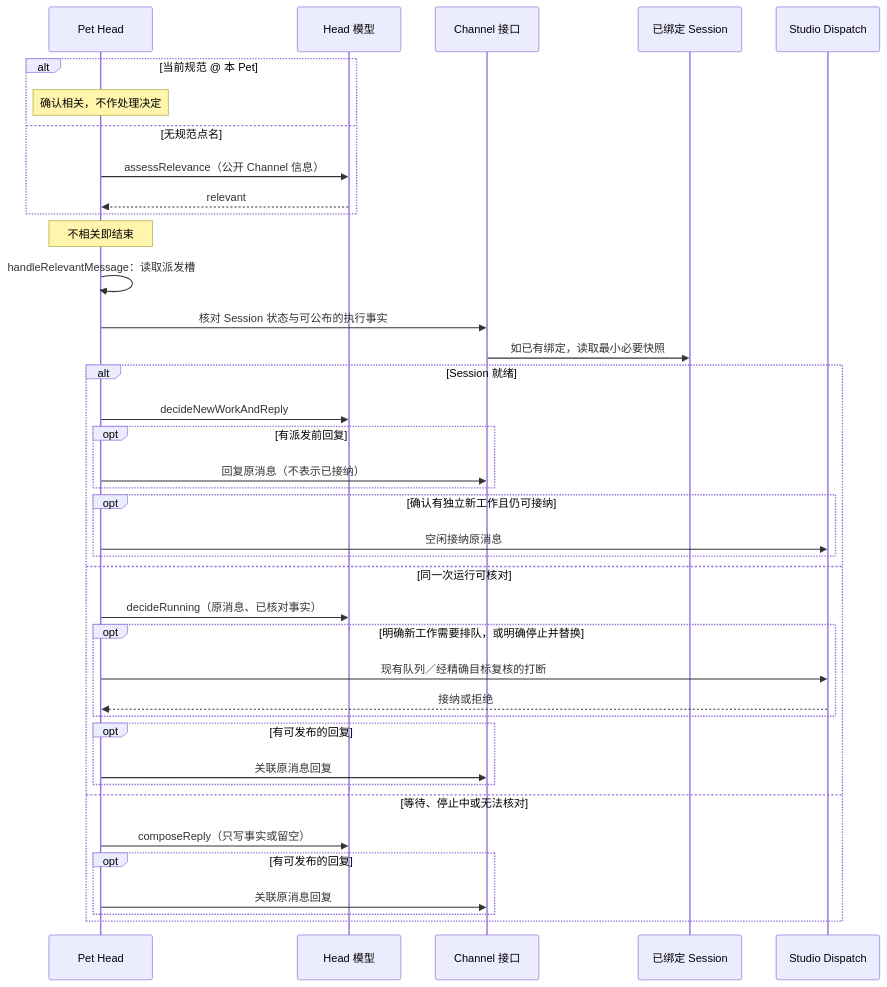
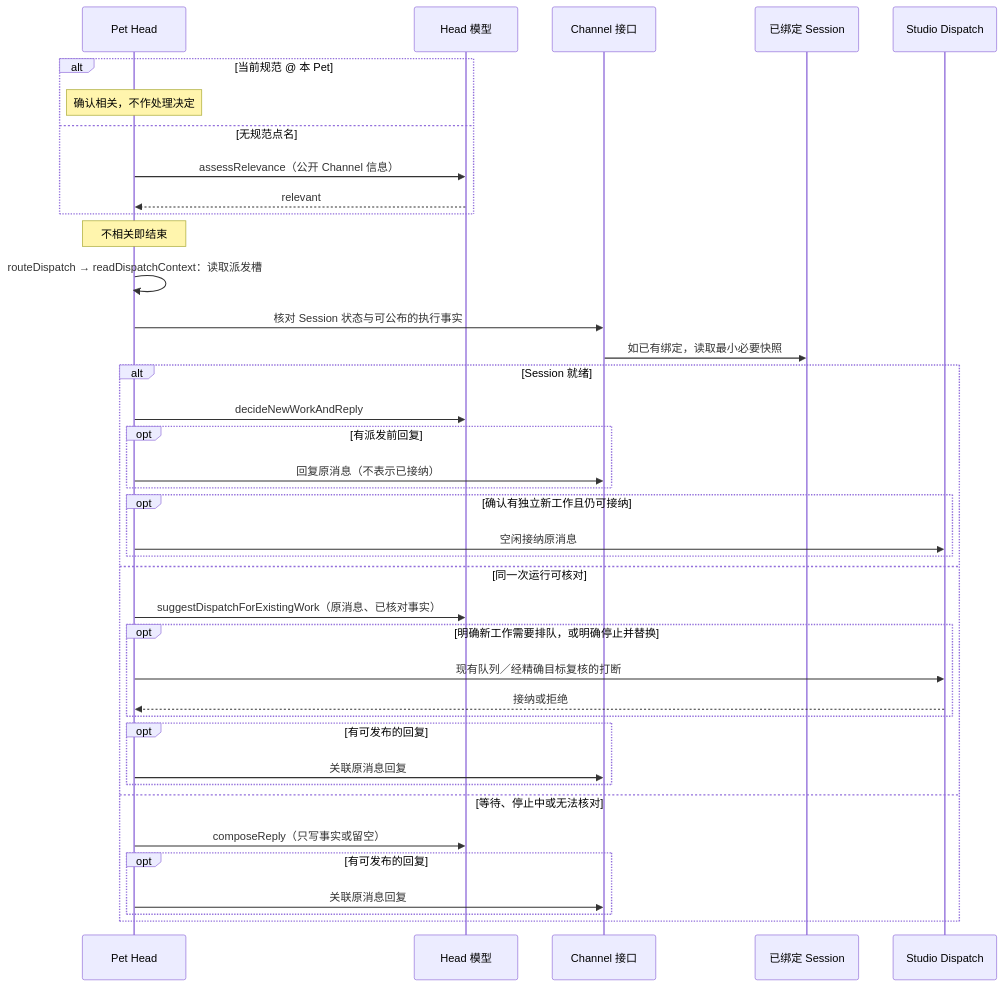
Before and after one commit to pinpawo/pinpawo-agent: the second of 3 diagrams in docs/design/studio/pet-head-mechanism.md, drawn with Mermaid. The commit also changed other lines of this file and 9 other files, not shown here.

````diff
--- a/docs/design/studio/pet-head-mechanism.md
+++ b/docs/design/studio/pet-head-mechanism.md
@@ -57,41 +58,41 @@
 ```mermaid
 sequenceDiagram
     participant H as Pet Head
     participant M as Head 模型
     participant C as Channel 接口
     participant S as 已绑定 Session
     participant D as Studio Dispatch
     alt 当前规范 @ 本 Pet
         Note over H: 确认相关，不作处理决定
     else 无规范点名
         H->>M: assessRelevance（公开 Channel 信息）
         M-->>H: relevant
     end
     Note over H: 不相关即结束
-    H->>H: handleRelevantMessage：读取派发槽
+    H->>H: routeDispatch → readDispatchContext：读取派发槽
     H->>C: 核对 Session 状态与可公布的执行事实
     C->>S: 如已有绑定，读取最小必要快照
     alt Session 就绪
         H->>M: decideNewWorkAndReply
         opt 有派发前回复
             H->>C: 回复原消息（不表示已接纳）
         end
         opt 确认有独立新工作且仍可接纳
             H->>D: 空闲接纳原消息
         end
     else 同一次运行可核对
-        H->>M: decideRunning（原消息、已核对事实）
+        H->>M: suggestDispatchForExistingWork（原消息、已核对事实）
         opt 明确新工作需要排队，或明确停止并替换
             H->>D: 现有队列／经精确目标复核的打断
             D-->>H: 接纳或拒绝
         end
         opt 有可发布的回复
             H->>C: 关联原消息回复
         end
     else 等待、停止中或无法核对
         H->>M: composeReply（只写事实或留空）
         opt 有可发布的回复
             H->>C: 关联原消息回复
         end
     end
 ```
````
